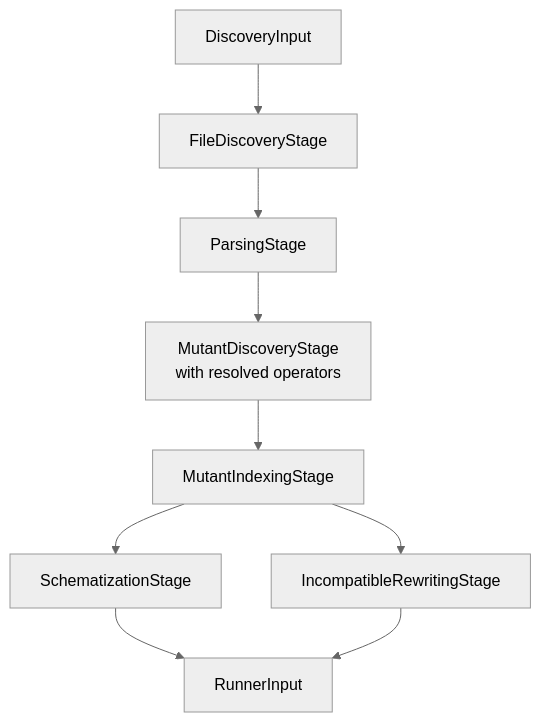
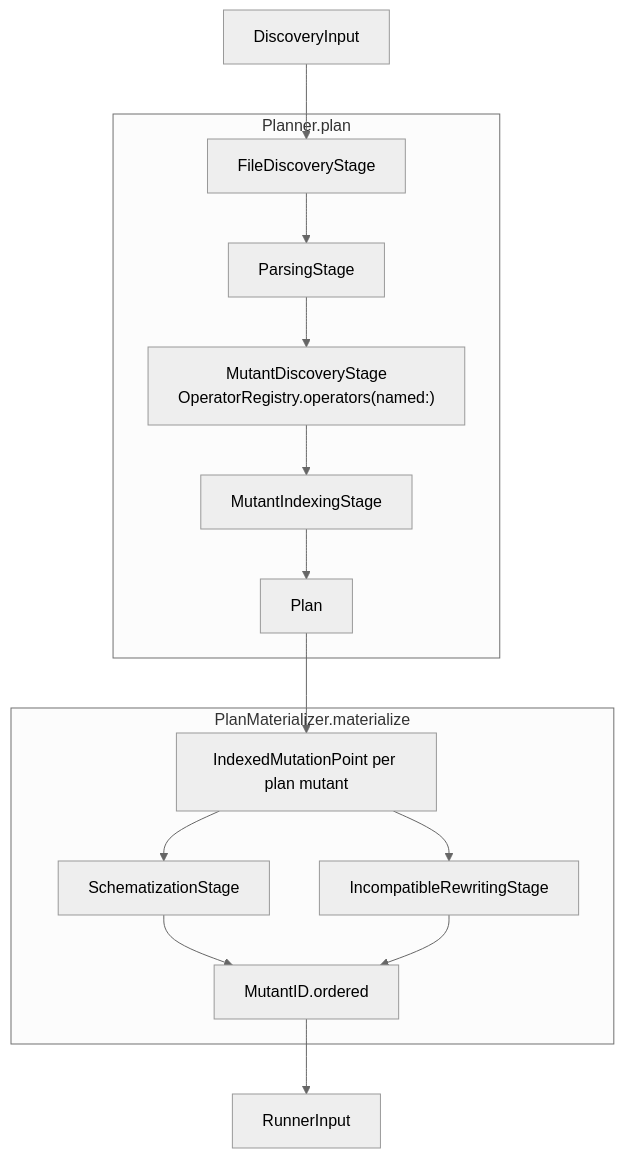
Before and after one commit to ericodx/swift-mutation-testing: the first of 2 diagrams in Docs/CodeBase/03-discovery-pipeline.md, drawn with Mermaid (neutral theme). The commit also changed other lines of this file and 3 other files, not shown here.

Commit message:
docs: bring the CodeBase pages for the entry point, configuration, discovery and operators in line with the sources

````diff
--- a/Docs/CodeBase/03-discovery-pipeline.md
+++ b/Docs/CodeBase/03-discovery-pipeline.md
@@ -17,11 +17,17 @@
 ```mermaid
 flowchart TD
-    IN[DiscoveryInput] --> FD[FileDiscoveryStage]
-    FD --> PA[ParsingStage]
-    PA --> MD[MutantDiscoveryStage\nwith resolved operators]
-    MD --> MI[MutantIndexingStage]
-    MI --> SC[SchematizationStage]
-    MI --> IR[IncompatibleRewritingStage]
-    SC --> OUT[RunnerInput]
-    IR --> OUT
+    subgraph PLANNER["Planner.plan"]
+        FD[FileDiscoveryStage] --> PA[ParsingStage]
+        PA --> MD["MutantDiscoveryStage\nOperatorRegistry.operators(named:)"]
+        MD --> MI[MutantIndexingStage]
+        MI --> PL[Plan]
+    end
+    subgraph MATERIALIZER["PlanMaterializer.materialize"]
+        PL --> IX[IndexedMutationPoint per plan mutant]
+        IX --> SC[SchematizationStage]
+        IX --> IR[IncompatibleRewritingStage]
+        SC & IR --> ORD["MutantID.ordered"]
+    end
+    IN[DiscoveryInput] --> FD
+    ORD --> OUT[RunnerInput]
 ```
````
